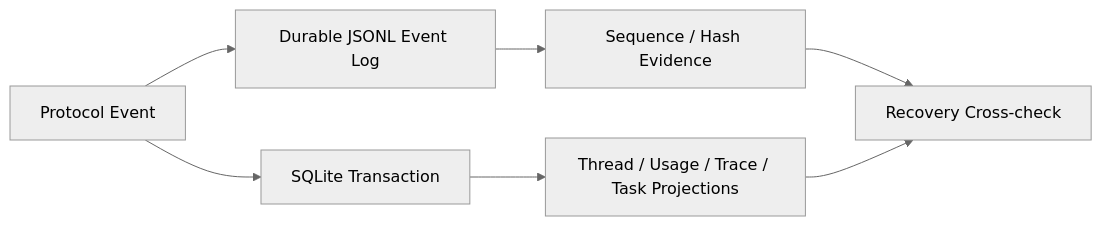
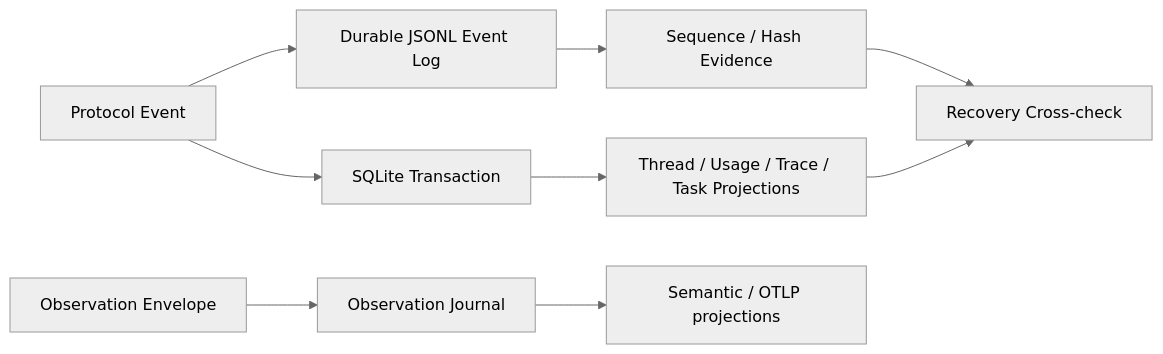
The diagram in docs/book/en/08-state-observability/02-sqlite-event-projection.md (fwtllh-png/CodeHelper), drawn with Mermaid (neutral theme) before and after one commit. The commit also changed other lines of this file and 314 other files, not shown here.

````diff
--- a/docs/book/en/08-state-observability/02-sqlite-event-projection.md
+++ b/docs/book/en/08-state-observability/02-sqlite-event-projection.md
@@ -40,9 +46,11 @@
 ```mermaid
 flowchart LR
     E[Protocol Event] --> L[Durable JSONL Event Log]
     L --> V[Sequence / Hash Evidence]
     E --> T[SQLite Transaction]
     T --> P[Thread / Usage / Trace / Task Projections]
+    O[Observation Envelope] --> J[Observation Journal]
+    J --> X[Semantic / OTLP projections]
     V --> R[Recovery Cross-check]
     P --> R
 ```
````
